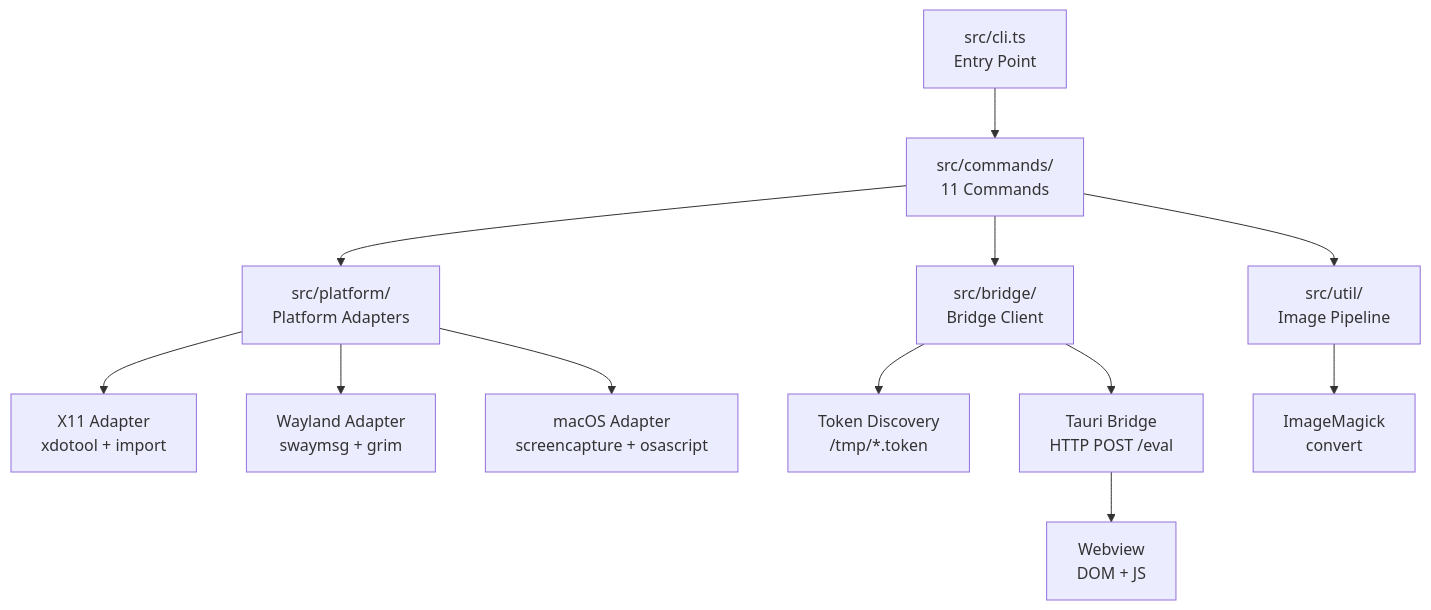
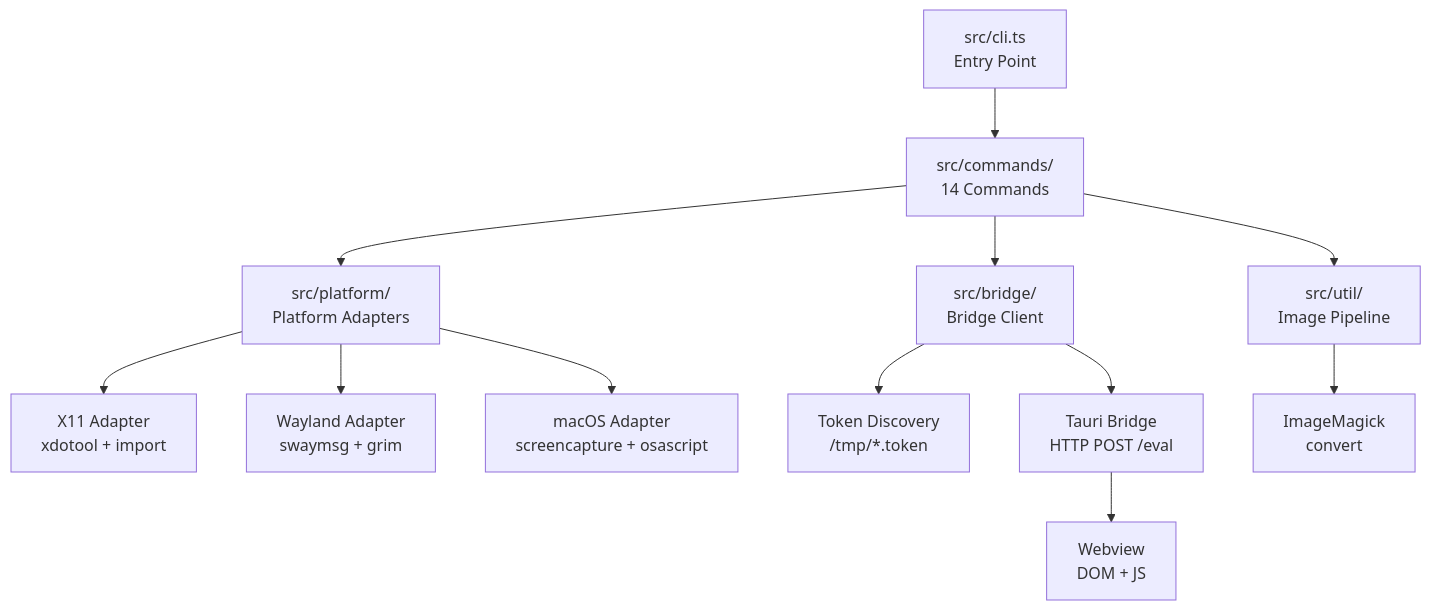
Before and after one commit to gabrielpgagne/tauri-agent-tools: the diagram in docs/architecture/overview.md, drawn with Mermaid. The commit also changed other lines of this file and 27 other files, not shown here.

````diff
--- a/docs/architecture/overview.md
+++ b/docs/architecture/overview.md
@@ -5,14 +5,14 @@
 ```mermaid
 graph TD
-    CLI[src/cli.ts<br/>Entry Point] --> CMD[src/commands/<br/>11 Commands]
+    CLI[src/cli.ts<br/>Entry Point] --> CMD[src/commands/<br/>14 Commands]
     CMD --> PA[src/platform/<br/>Platform Adapters]
     CMD --> BC[src/bridge/<br/>Bridge Client]
     PA --> X11[X11 Adapter<br/>xdotool + import]
     PA --> WL[Wayland Adapter<br/>swaymsg + grim]
     PA --> MAC[macOS Adapter<br/>screencapture + osascript]
     BC --> TD[Token Discovery<br/>/tmp/*.token]
     BC --> BR[Tauri Bridge<br/>HTTP POST /eval]
     BR --> WV[Webview<br/>DOM + JS]
     CMD --> IMG[src/util/<br/>Image Pipeline]
     IMG --> IM[ImageMagick<br/>convert]
 ```
````
